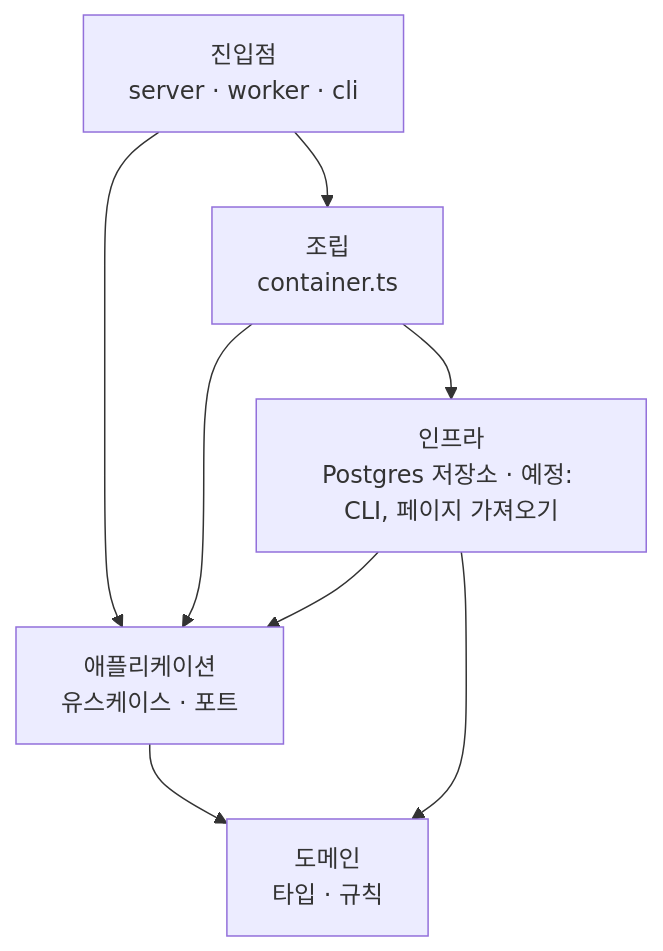
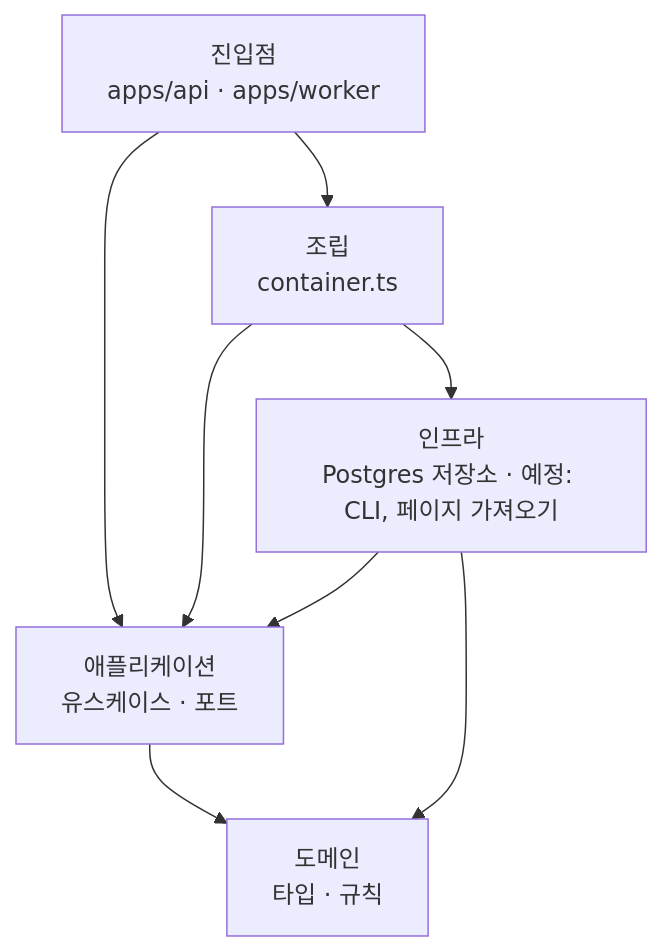
Before and after one commit to Changsik00/inkle: the second of 5 diagrams in docs/architecture.md, drawn with Mermaid. The commit also changed other lines of this file and 204 other files, not shown here.

````diff
--- a/docs/architecture.md
+++ b/docs/architecture.md
@@ -137,10 +116,10 @@
 ```mermaid
 flowchart TB
-    E[진입점<br/>server · worker · cli] --> S[조립<br/>container.ts]
+    E[진입점<br/>apps/api · apps/worker] --> S[조립<br/>container.ts]
     E --> A[애플리케이션<br/>유스케이스 · 포트]
     S --> I[인프라<br/>Postgres 저장소 · 예정: CLI, 페이지 가져오기]
     S --> A
     I --> A
     A --> D[도메인<br/>타입 · 규칙]
     I --> D
 ```
````
